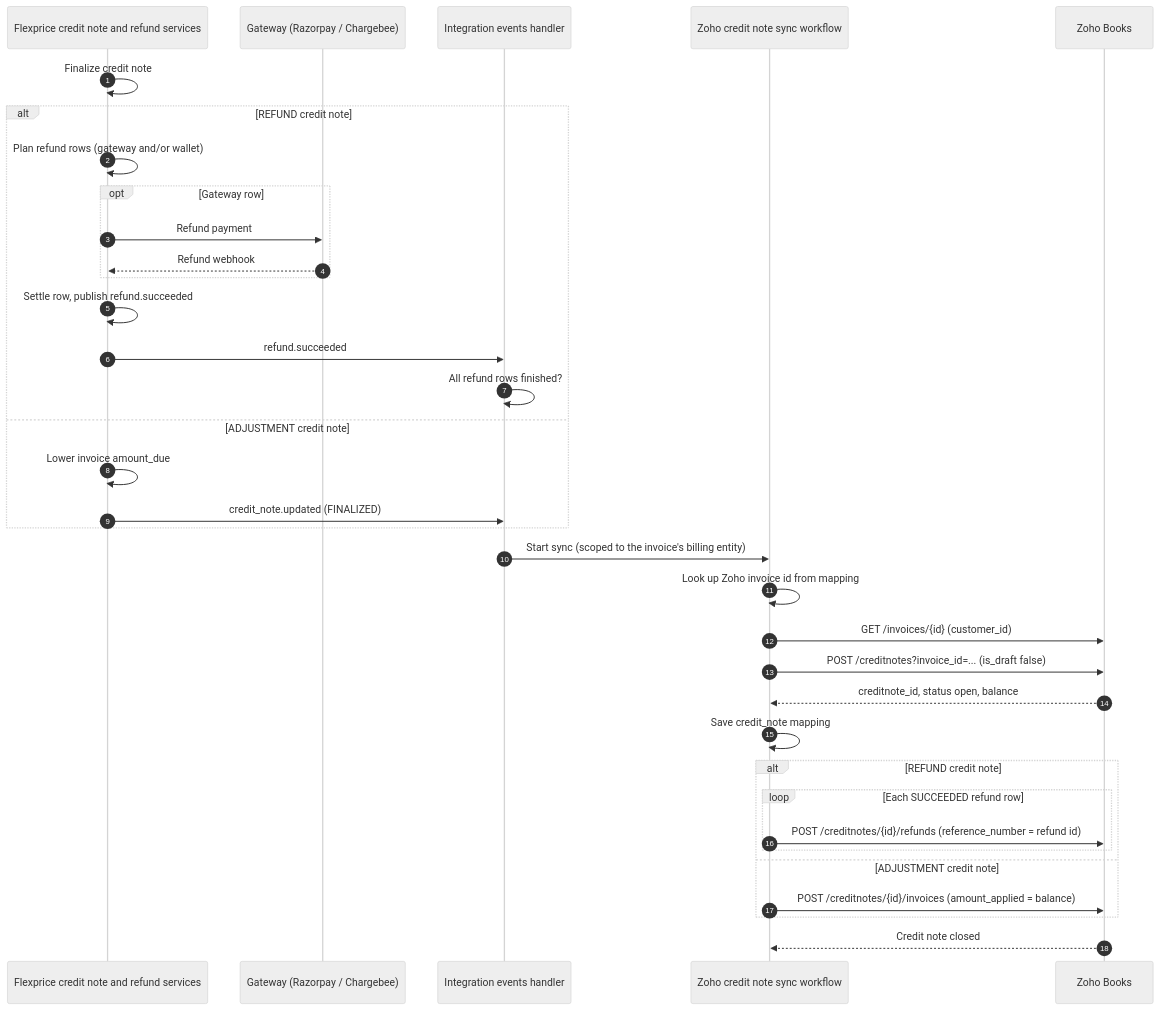
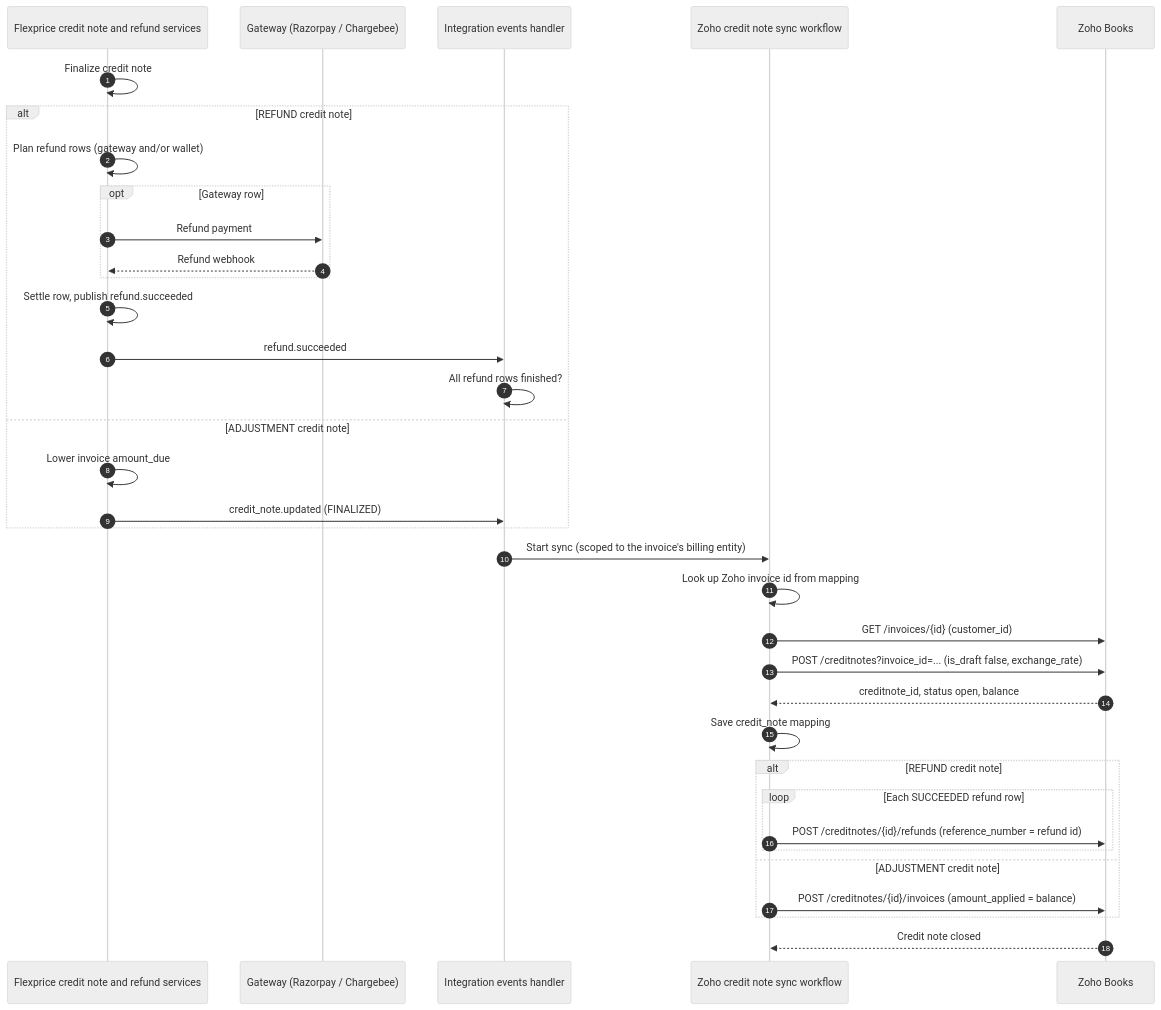
One commit to flexprice/flexprice changed the second of 3 diagrams in docs/design/2026-11-17-FLE-1630-zoho-credit-notes-sync.md. Above: the diagram before and after it, drawn with Mermaid (neutral theme). The commit also changed other lines of this file and 7 other files, not shown here.

Commit message:
feat(zoho): enhance credit note sync to handle voided credit notes and include exchange rate

````diff
--- a/docs/design/2026-11-17-FLE-1630-zoho-credit-notes-sync.md
+++ b/docs/design/2026-11-17-FLE-1630-zoho-credit-notes-sync.md
@@ -86,41 +87,41 @@
 ```mermaid
 sequenceDiagram
     autonumber
     participant FP as Flexprice credit note and refund services
     participant GW as Gateway (Razorpay / Chargebee)
     participant EV as Integration events handler
     participant WF as Zoho credit note sync workflow
     participant Z as Zoho Books
 
     FP->>FP: Finalize credit note
 
     alt REFUND credit note
         FP->>FP: Plan refund rows (gateway and/or wallet)
         opt Gateway row
             FP->>GW: Refund payment
             GW-->>FP: Refund webhook
         end
         FP->>FP: Settle row, publish refund.succeeded
         FP->>EV: refund.succeeded
         EV->>EV: All refund rows finished?
     else ADJUSTMENT credit note
         FP->>FP: Lower invoice amount_due
         FP->>EV: credit_note.updated (FINALIZED)
     end
 
     EV->>WF: Start sync (scoped to the invoice's billing entity)
     WF->>WF: Look up Zoho invoice id from mapping
     WF->>Z: GET /invoices/{id} (customer_id)
-    WF->>Z: POST /creditnotes?invoice_id=... (is_draft false)
+    WF->>Z: POST /creditnotes?invoice_id=... (is_draft false, exchange_rate)
     Z-->>WF: creditnote_id, status open, balance
     WF->>WF: Save credit_note mapping
 
     alt REFUND credit note
         loop Each SUCCEEDED refund row
             WF->>Z: POST /creditnotes/{id}/refunds (reference_number = refund id)
         end
     else ADJUSTMENT credit note
         WF->>Z: POST /creditnotes/{id}/invoices (amount_applied = balance)
     end
     Z-->>WF: Credit note closed
 ```
````
